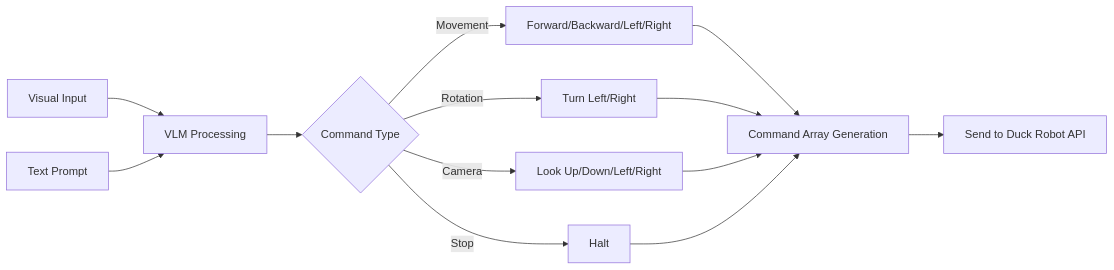
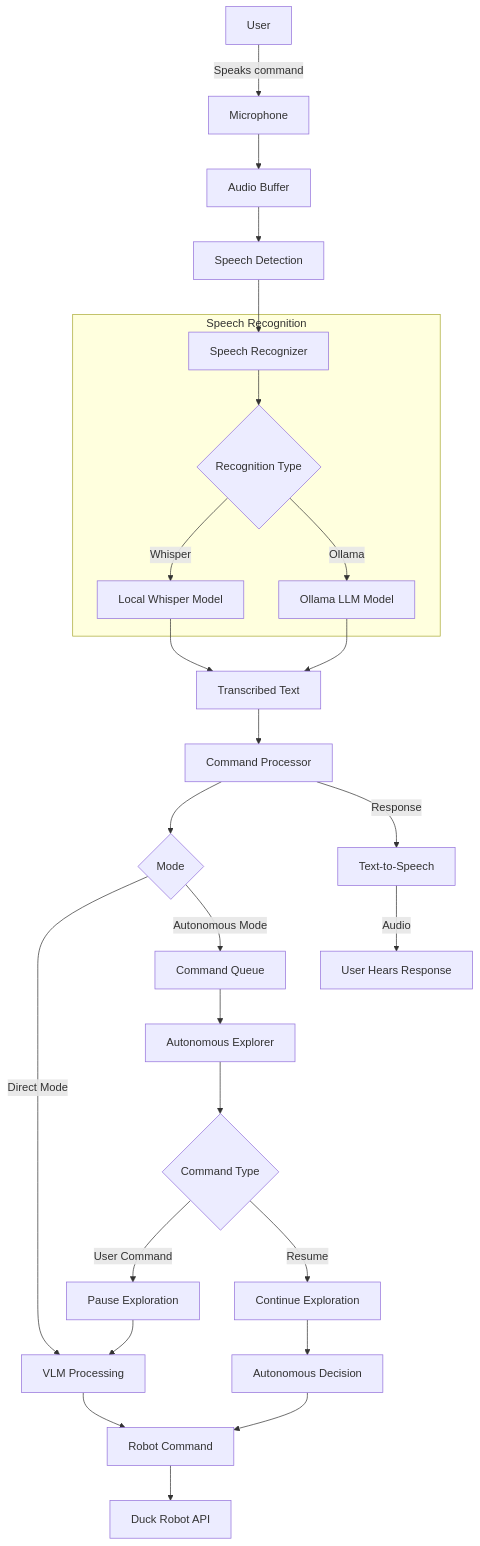
The third of 3 diagrams in README.md (Aronnaxx/d00t), drawn with Mermaid before and after one commit. The commit also changed other lines of this file and 4 other files, not shown here.

````diff
--- a/README.md
+++ b/README.md
@@ -84,17 +123,36 @@
 ```mermaid
-flowchart LR
-    A[Visual Input] --> B[VLM Processing]
-    C[Text Prompt] --> B
-    B --> D{Command Type}
-    D -->|Movement| E[Forward/Backward/Left/Right]
-    D -->|Rotation| F[Turn Left/Right]
-    D -->|Camera| G[Look Up/Down/Left/Right]
-    D -->|Stop| H[Halt]
+flowchart TD
+    A[User] -->|"Speaks command"| B[Microphone]
+    B --> C[Audio Buffer]
+    C --> D[Speech Detection]
+    D --> E[Speech Recognizer]
     
-    E --> I[Command Array Generation]
-    F --> I
-    G --> I
+    subgraph "Speech Recognition"
+        E --> F{Recognition Type}
+        F -->|Whisper| G[Local Whisper Model]
+        F -->|Ollama| H[Ollama LLM Model]
+    end
+    
+    G --> I[Transcribed Text]
     H --> I
     
-    I --> J[Send to Duck Robot API]
+    I --> J[Command Processor]
+    J --> K{Mode}
+    
+    K -->|Direct Mode| L[VLM Processing]
+    K -->|Autonomous Mode| M[Command Queue]
+    
+    M --> N[Autonomous Explorer]
+    N --> O{Command Type}
+    O -->|User Command| P[Pause Exploration]
+    O -->|Resume| Q[Continue Exploration]
+    
+    P --> L
+    L --> R[Robot Command]
+    Q --> S[Autonomous Decision]
+    S --> R
+    
+    R --> T[Duck Robot API]
+    J -->|Response| U[Text-to-Speech]
+    U -->|Audio| V[User Hears Response]
 ```
````
